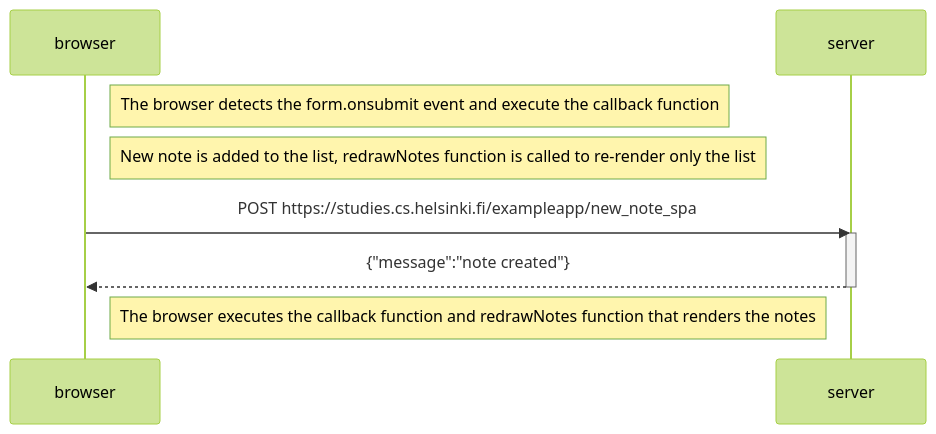
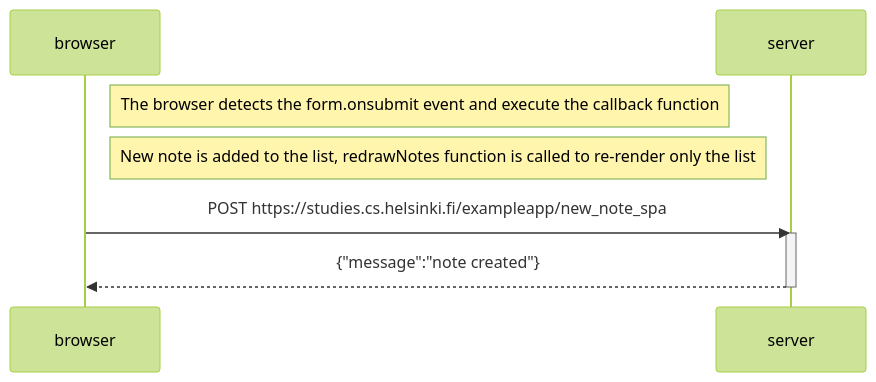
Before and after one commit to yingtu35/full-stack-open: the diagram in part0/0.6-new-note-in-spa-diagram.md, drawn with Mermaid (forest theme).

Commit message:
update 0.6 diagram

````diff
--- a/part0/0.6-new-note-in-spa-diagram.md
+++ b/part0/0.6-new-note-in-spa-diagram.md
@@ -1,15 +1,13 @@
 ```mermaid
 sequenceDiagram
     participant browser
     participant server
     
     Note right of browser: The browser detects the form.onsubmit event and execute the callback function
     Note right of browser: New note is added to the list, redrawNotes function is called to re-render only the list
 
     browser->>server: POST https://studies.cs.helsinki.fi/exampleapp/new_note_spa
     activate server
     server-->>browser: {"message":"note created"}
     deactivate server
-
-    Note right of browser: The browser executes the callback function and redrawNotes function that renders the notes
 ```
````
